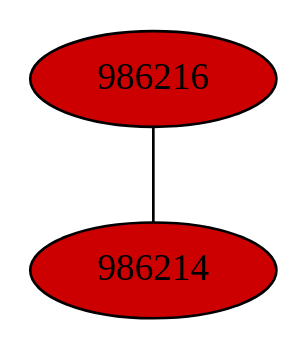
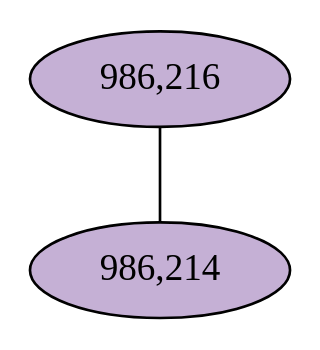
The diagram in notebooks/graphs/CAMP_cc9.gv (fedarko/sheepgut), drawn with Graphviz before and after one commit. The commit also changed 59 other files, not shown here.

Commit message:
color lm graphs by gene #

```diff
--- a/notebooks/graphs/CAMP_cc9.gv
+++ b/notebooks/graphs/CAMP_cc9.gv
@@ -1,6 +1,6 @@
 graph CAMP_cc9 {
 	K = 2.0;
-	986216 [style="filled", fillcolor="#cc0000"];
-	986214 [style="filled", fillcolor="#cc0000"];
-	986216 -- 986214;
+	overlap="prism2";	"986,216" [style="filled", fillcolor="#c5b0d5", fontcolor="#000000"];
+	"986,214" [style="filled", fillcolor="#c5b0d5", fontcolor="#000000"];
+	"986,216" -- "986,214";
 }
```
